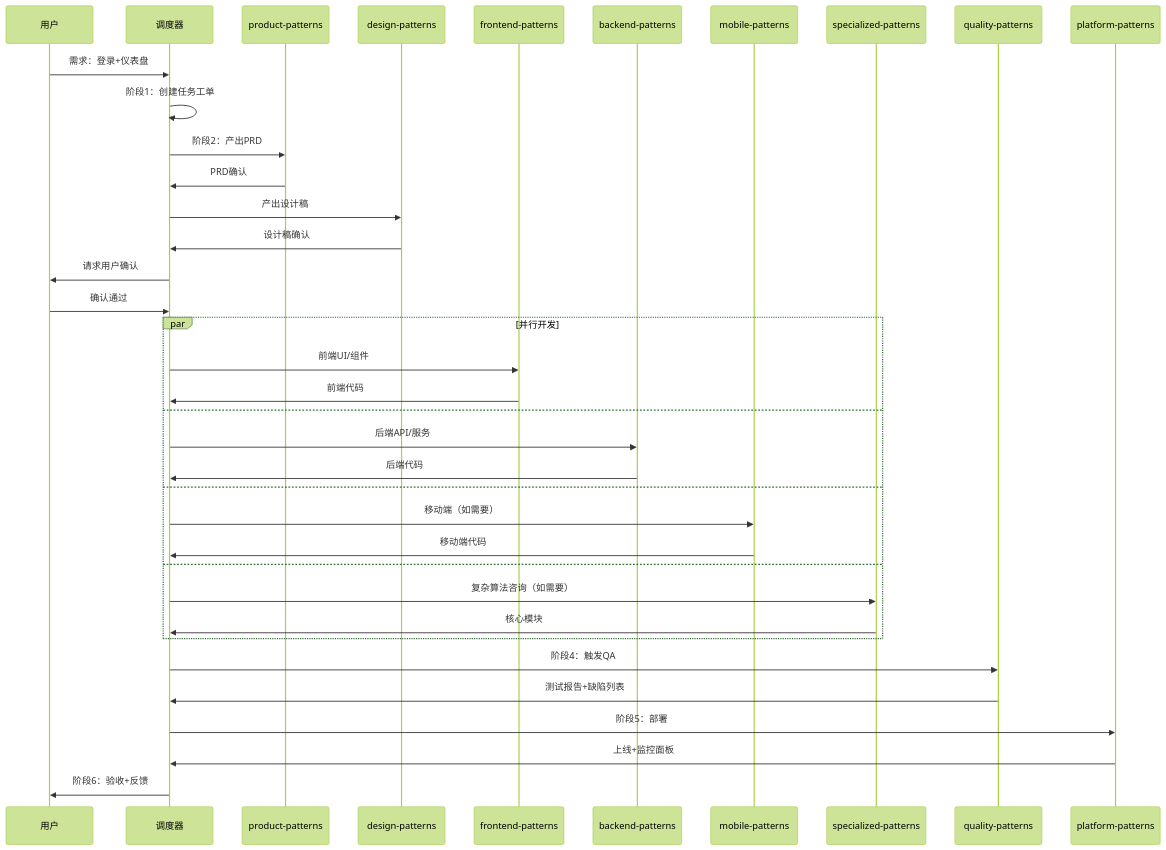
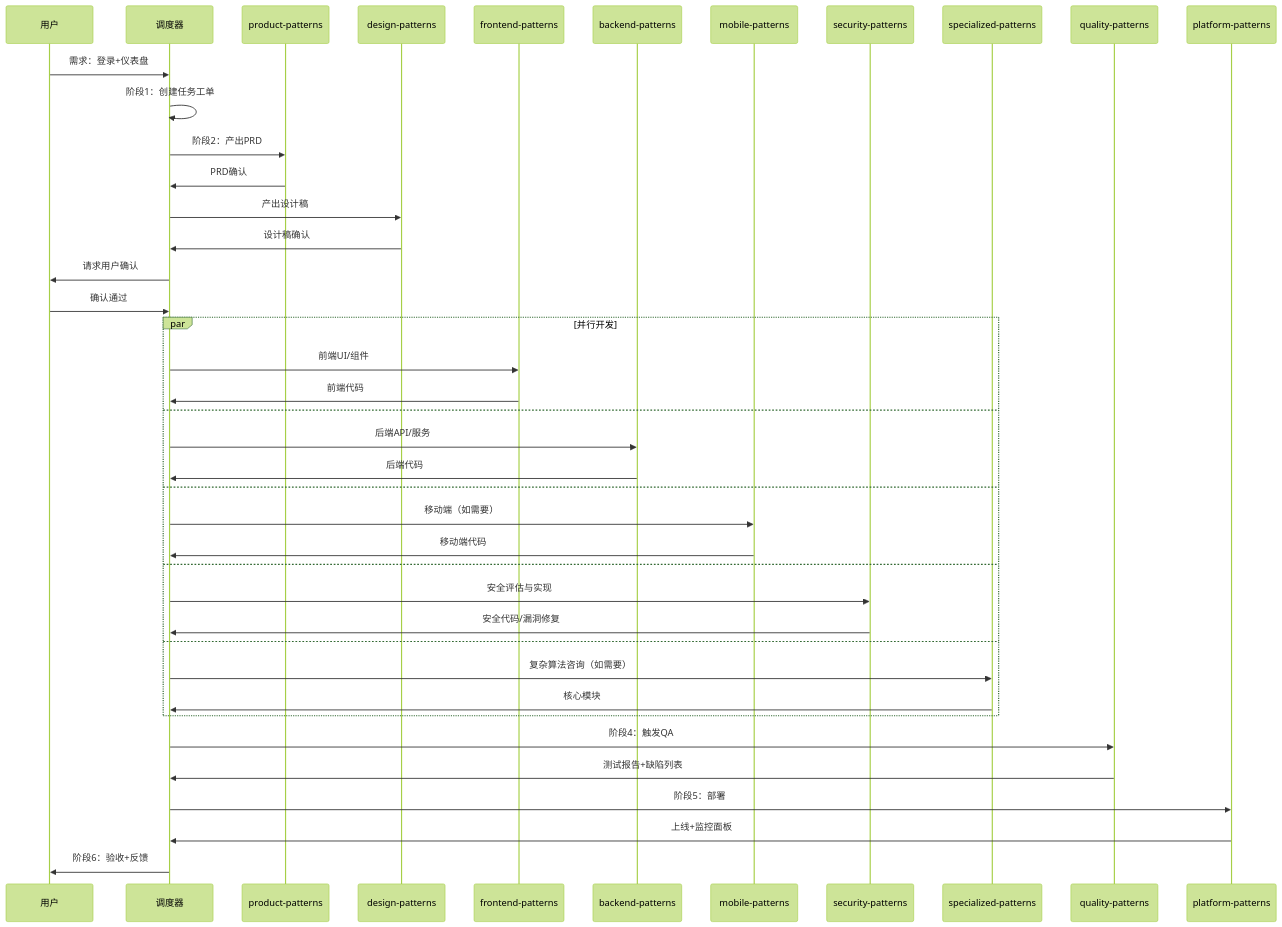
Before and after one commit to Tooooommy/Trae-Workflow: the second of 2 diagrams in agents/orchestrator.md, drawn with Mermaid (forest theme). The commit also changed other lines of this file and 1 other file, not shown here.

First line of the commit message:
feat(orchestrator, security-patterns): 新增安全团队调度

````diff
--- a/agents/orchestrator.md
+++ b/agents/orchestrator.md
@@ -275,40 +278,44 @@
 ```mermaid
 sequenceDiagram
     participant U as 用户
     participant O as 调度器
     participant P as product-patterns
     participant D as design-patterns
     participant FE as frontend-patterns
     participant BE as backend-patterns
     participant M as mobile-patterns
+    participant Sec as security-patterns
     participant S as specialized-patterns
     participant Q as quality-patterns
     participant Ops as platform-patterns
 
     U->>O: 需求：登录+仪表盘
     O->>O: 阶段1：创建任务工单
     O->>P: 阶段2：产出PRD
     P->>O: PRD确认
     O->>D: 产出设计稿
     D->>O: 设计稿确认
     O->>U: 请求用户确认
     U->>O: 确认通过
     par 并行开发
         O->>FE: 前端UI/组件
         FE->>O: 前端代码
     and
         O->>BE: 后端API/服务
         BE->>O: 后端代码
     and
         O->>M: 移动端（如需要）
         M->>O: 移动端代码
     and
+        O->>Sec: 安全评估与实现
+        Sec->>O: 安全代码/漏洞修复
+    and
         O->>S: 复杂算法咨询（如需要）
         S->>O: 核心模块
     end
     O->>Q: 阶段4：触发QA
     Q->>O: 测试报告+缺陷列表
     O->>Ops: 阶段5：部署
     Ops->>O: 上线+监控面板
     O->>U: 阶段6：验收+反馈
 ```
````
